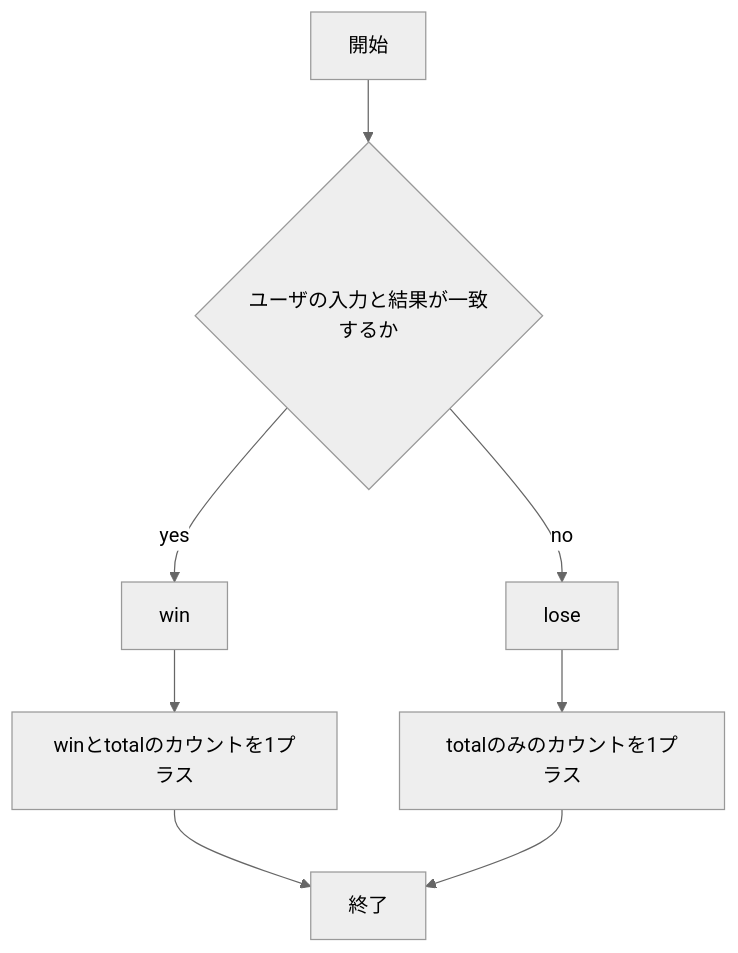
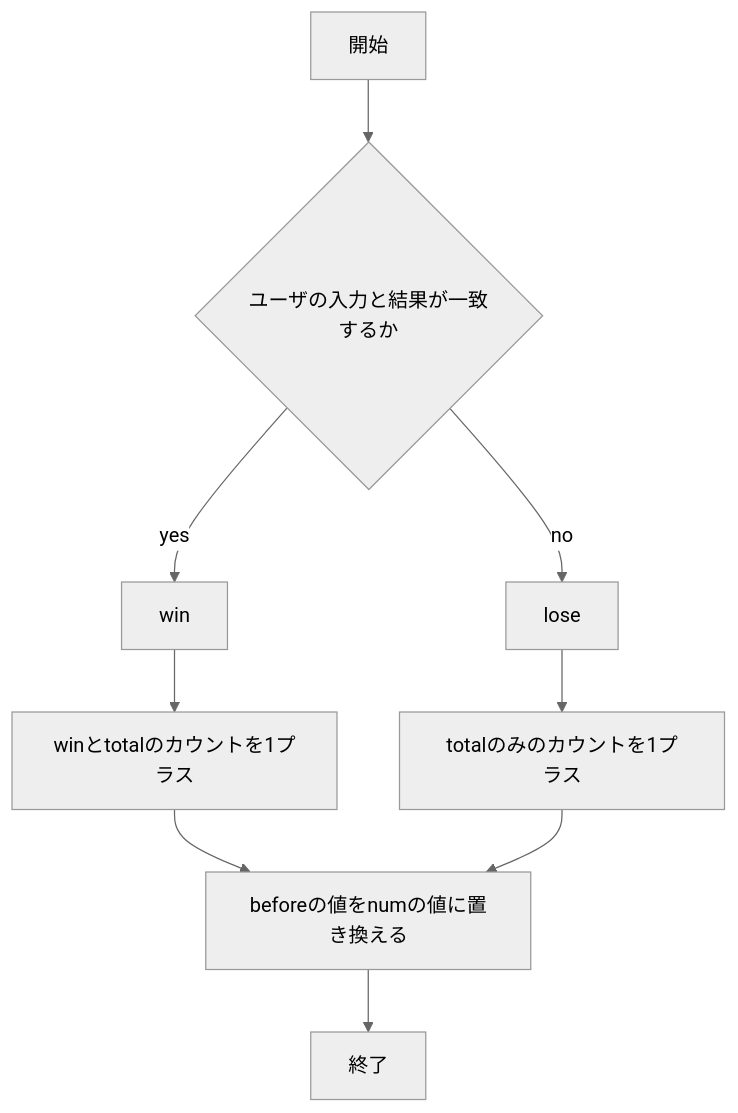
One commit to tosi770/webpro_06 changed the second of 2 diagrams in README.md. Above: the diagram before and after it, drawn with Mermaid (neutral theme). The commit also changed other lines of this file, not shown here.

````diff
--- a/README.md
+++ b/README.md
@@ -79,19 +81,21 @@
 ```mermaid
 flowchart TD
 
 start["開始"]
 end1["終了"]
 if{"ユーザの入力と結果が一致するか"}
 win["win"]
 win++["winとtotalのカウントを1プラス"]
 lose["lose"]
 total++["totalのみのカウントを1プラス"]
+num["beforeの値をnumの値に置き換える"]
 
 start --> if
 if -->|yes| win
 win --> win++
-win++ --> end1
+win++ --> num
 if -->|no| lose
 lose --> total++
-total++ --> end1
+total++ --> num
+num --> end1
 ```
````
